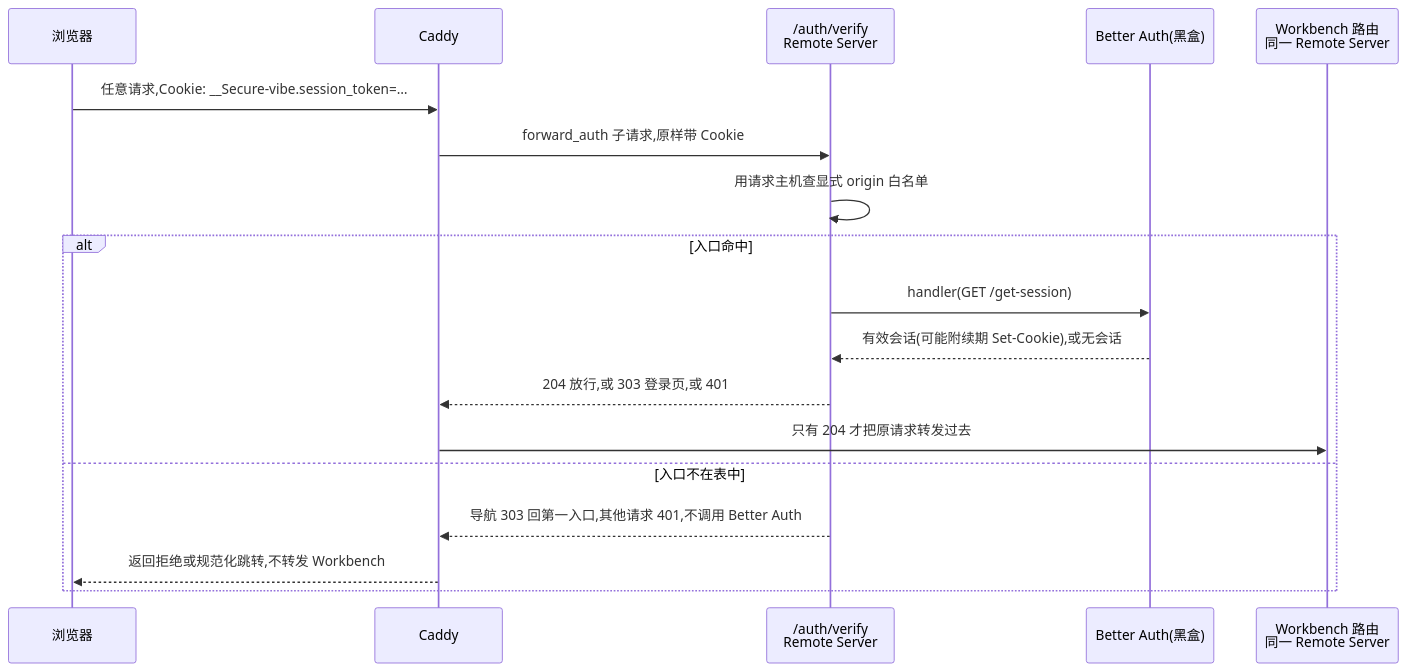
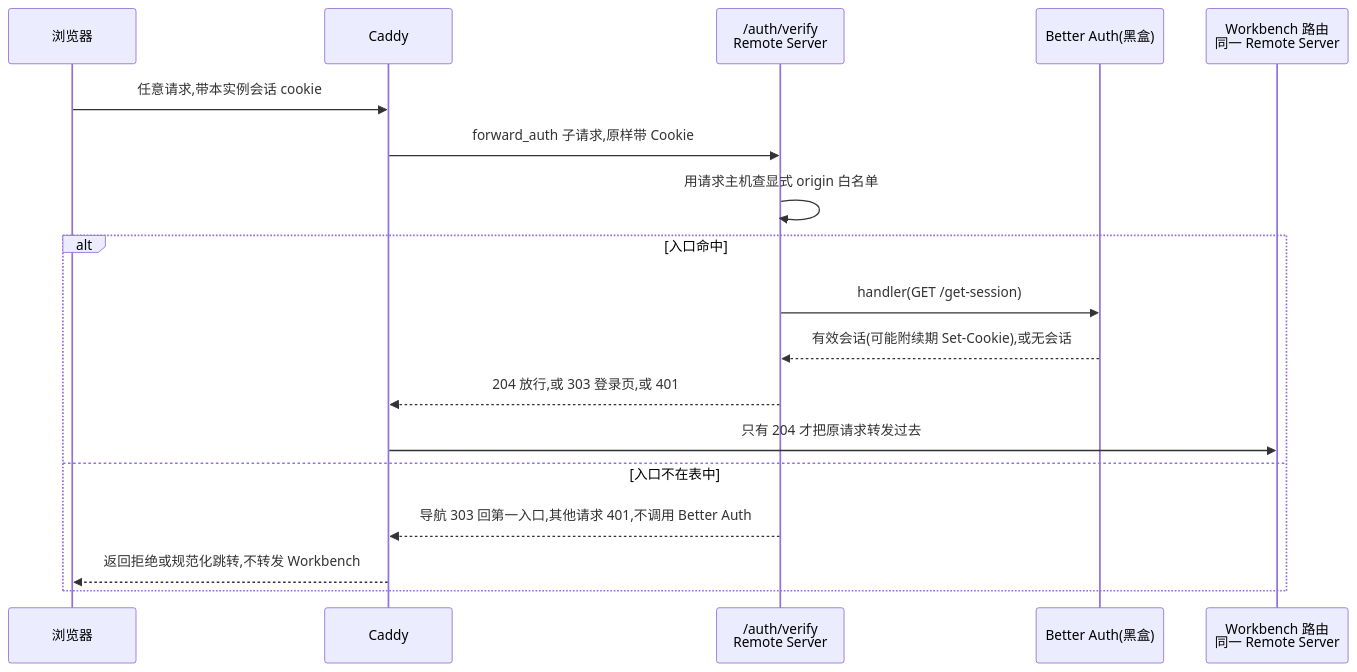
Before and after one commit to ActivePeter/vibe-vscode: the second of 12 diagrams in vibe_vscode_doc/design/login_authentication.md, drawn with Mermaid. The commit also changed other lines of this file and 4 other files, not shown here.

````diff
--- a/vibe_vscode_doc/design/login_authentication.md
+++ b/vibe_vscode_doc/design/login_authentication.md
@@ -61,21 +61,21 @@
 ```mermaid
 sequenceDiagram
     participant B as 浏览器
     participant C as Caddy
     participant V as /auth/verify<br/>Remote Server
     participant BA as Better Auth(黑盒)
     participant W as Workbench 路由<br/>同一 Remote Server
 
-    B->>C: 任意请求,Cookie: __Secure-vibe.session_token=…
+    B->>C: 任意请求,带本实例会话 cookie
     C->>V: forward_auth 子请求,原样带 Cookie
     V->>V: 用请求主机查显式 origin 白名单
     alt 入口命中
         V->>BA: handler(GET /get-session)
         BA-->>V: 有效会话(可能附续期 Set-Cookie),或无会话
         V-->>C: 204 放行,或 303 登录页,或 401
         C->>W: 只有 204 才把原请求转发过去
     else 入口不在表中
         V-->>C: 导航 303 回第一入口,其他请求 401,不调用 Better Auth
         C-->>B: 返回拒绝或规范化跳转,不转发 Workbench
     end
 ```
````
